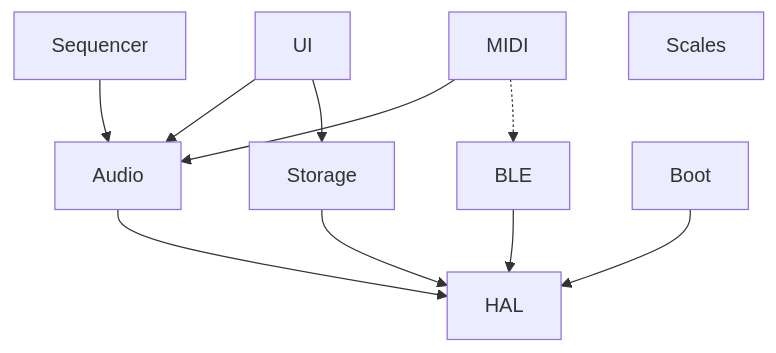
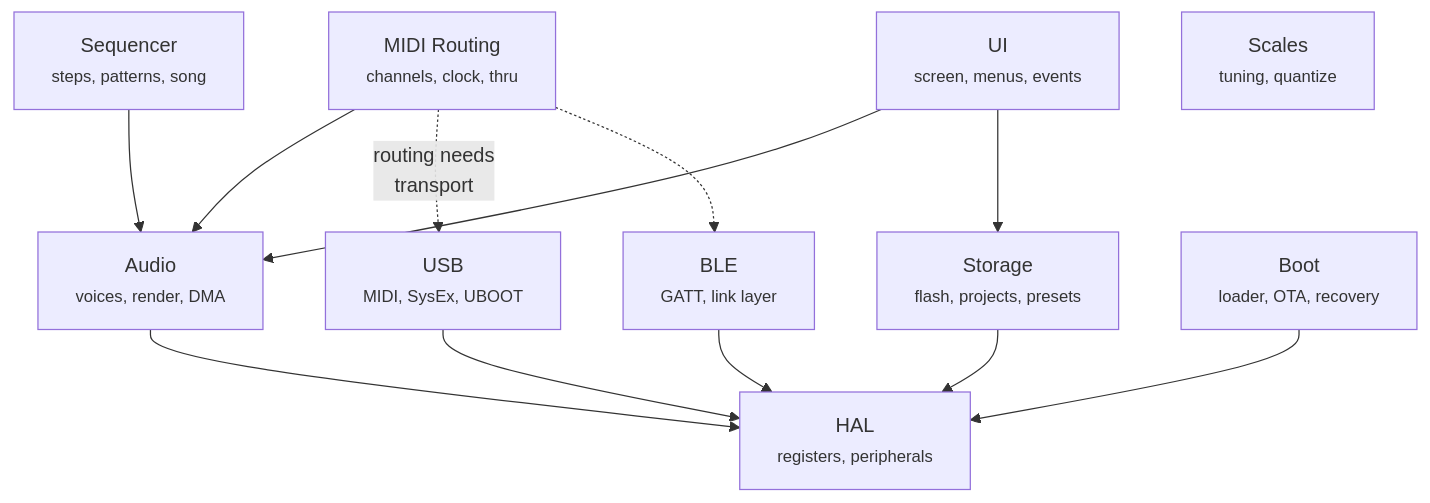
Before and after one commit to DimmKirr/core-fm1: the first of 5 diagrams in docs/COMPONENTS.md, drawn with Mermaid. The commit also changed other lines of this file and 161 other files, not shown here.

````diff
--- a/docs/COMPONENTS.md
+++ b/docs/COMPONENTS.md
@@ -13,23 +13,26 @@
 ```mermaid
 graph TB
-    UI["UI"]
-    AUDIO["Audio"]
-    SEQ["Sequencer"]
-    MIDI["MIDI"]
-    STORAGE["Storage"]
-    BLE["BLE"]
-    BOOT["Boot"]
-    SCALES["Scales"]
-    HAL["HAL"]
+    UI["UI<br/><small>screen, menus, events</small>"]
+    AUDIO["Audio<br/><small>voices, render, DMA</small>"]
+    SEQ["Sequencer<br/><small>steps, patterns, song</small>"]
+    MIDI["MIDI Routing<br/><small>channels, clock, thru</small>"]
+    USB["USB<br/><small>MIDI, SysEx, UBOOT</small>"]
+    STORAGE["Storage<br/><small>flash, projects, presets</small>"]
+    BLE["BLE<br/><small>GATT, link layer</small>"]
+    BOOT["Boot<br/><small>loader, OTA, recovery</small>"]
+    SCALES["Scales<br/><small>tuning, quantize</small>"]
+    HAL["HAL<br/><small>registers, peripherals</small>"]
 
     UI --> AUDIO
     UI --> STORAGE
     SEQ --> AUDIO
     MIDI --> AUDIO
+    MIDI -.->|"routing needs<br/>transport"| USB
     MIDI -.-> BLE
+    USB --> HAL
     AUDIO --> HAL
     BLE --> HAL
     STORAGE --> HAL
     BOOT --> HAL
     SCALES
 ```
````
